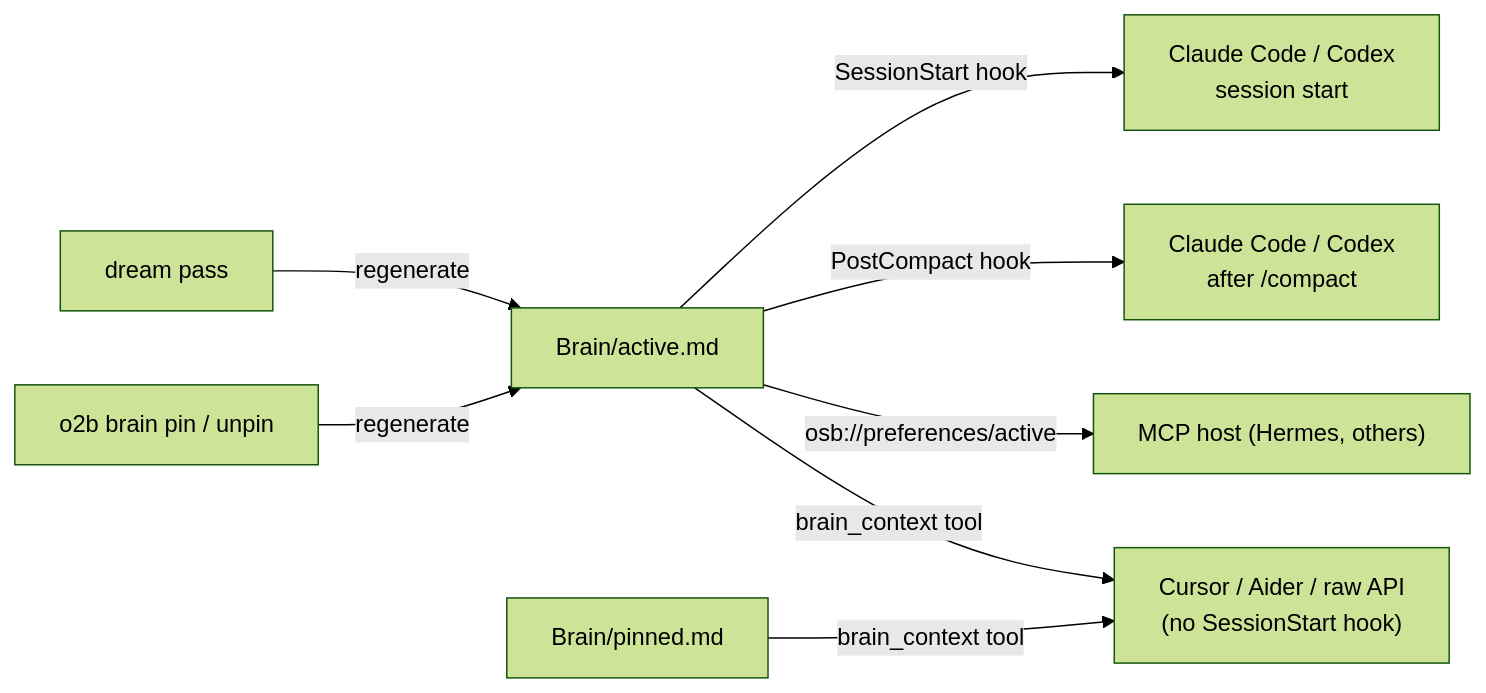
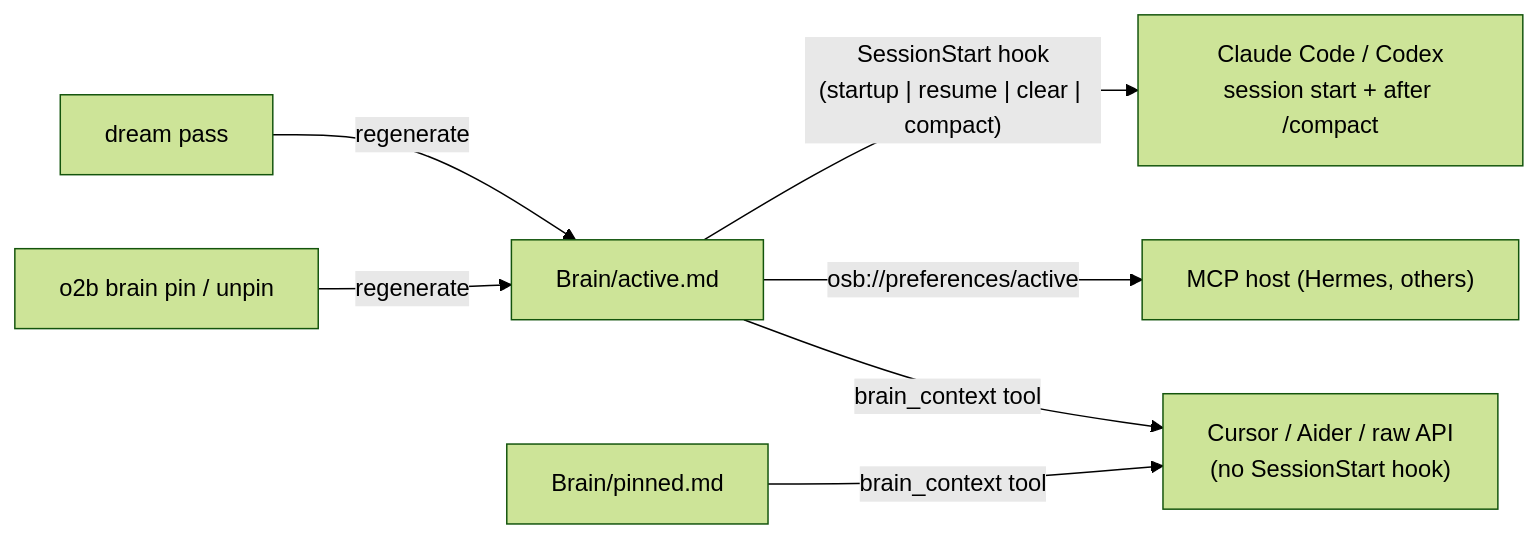
The sixth of 12 diagrams in docs/how-it-works.md (itechmeat/open-second-brain), drawn with Mermaid (forest theme) before and after one commit. The commit also changed other lines of this file and 59 other files, not shown here.

````diff
--- a/docs/how-it-works.md
+++ b/docs/how-it-works.md
@@ -396,10 +396,9 @@
 ```mermaid
 flowchart LR
     Dream[dream pass] -- regenerate --> Active[Brain/active.md]
     Pin[o2b brain pin / unpin] -- regenerate --> Active
-    Active -- SessionStart hook --> ClaudeStart["Claude Code / Codex<br/>session start"]
-    Active -- PostCompact hook --> ClaudeCompact["Claude Code / Codex<br/>after /compact"]
+    Active -- "SessionStart hook<br/>(startup | resume | clear | compact)" --> ClaudeStart["Claude Code / Codex<br/>session start + after /compact"]
     Active -- "osb://preferences/active" --> MCPHost["MCP host (Hermes, others)"]
     Active -- "brain_context tool" --> PullRT["Cursor / Aider / raw API<br/>(no SessionStart hook)"]
     Pinned[Brain/pinned.md] -- "brain_context tool" --> PullRT
 ```
````
